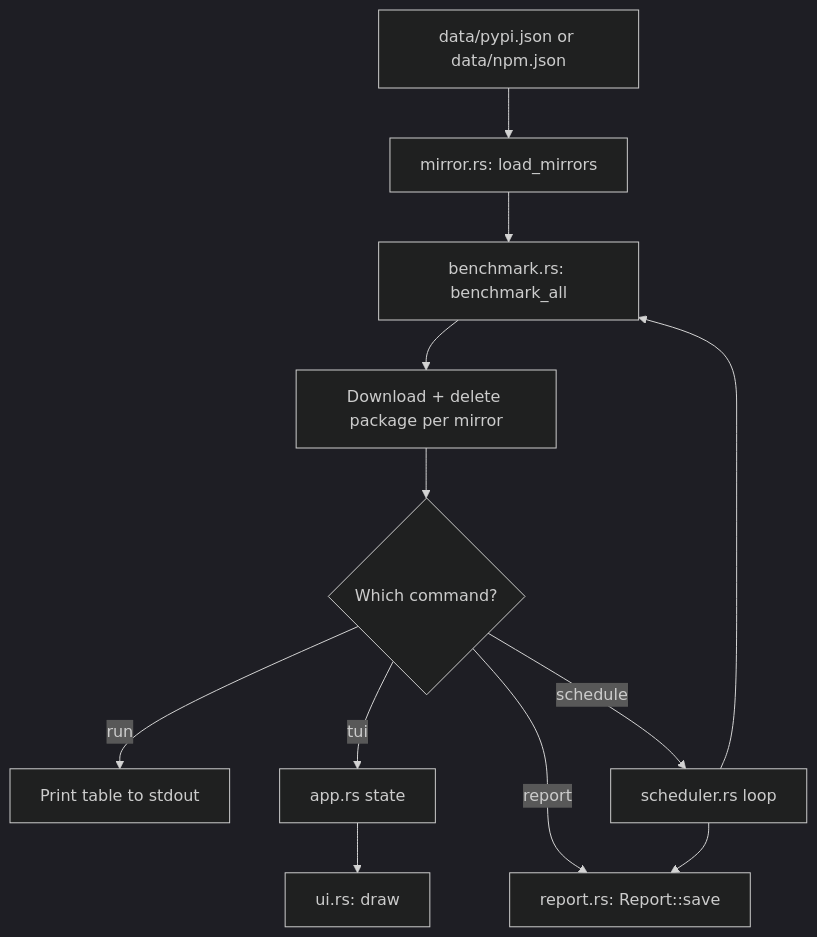
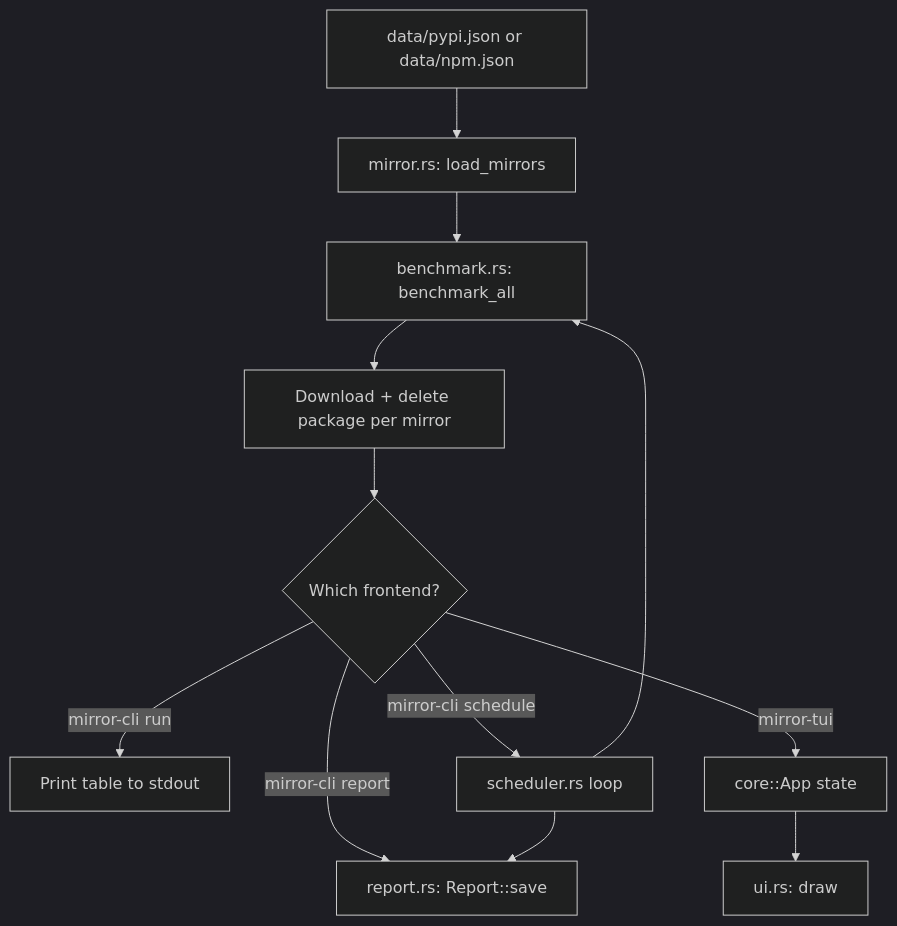
Before and after one commit to erfan-rfmhr/mirror-tester: the diagram in ARCHITECTURE.md, drawn with Mermaid (dark theme). The commit also changed other lines of this file and 17 other files, not shown here.

Commit message:
refactor: seperate tui and cli build

````diff
--- a/ARCHITECTURE.md
+++ b/ARCHITECTURE.md
@@ -17,14 +69,14 @@
 ```mermaid
 flowchart TD
     A[data/pypi.json or data/npm.json] --> B[mirror.rs: load_mirrors]
     B --> C[benchmark.rs: benchmark_all]
     C --> J[Download + delete package per mirror]
-    J --> D{Which command?}
-    D -->|run| E[Print table to stdout]
-    D -->|tui| F[app.rs state]
+    J --> D{Which frontend?}
+    D -->|mirror-cli run| E[Print table to stdout]
+    D -->|mirror-cli report| H[report.rs: Report::save]
+    D -->|mirror-cli schedule| I[scheduler.rs loop]
+    D -->|mirror-tui| F[core::App state]
     F --> G[ui.rs: draw]
-    D -->|report| H[report.rs: Report::save]
-    D -->|schedule| I[scheduler.rs loop]
     I --> C
     I --> H
 ```
````
